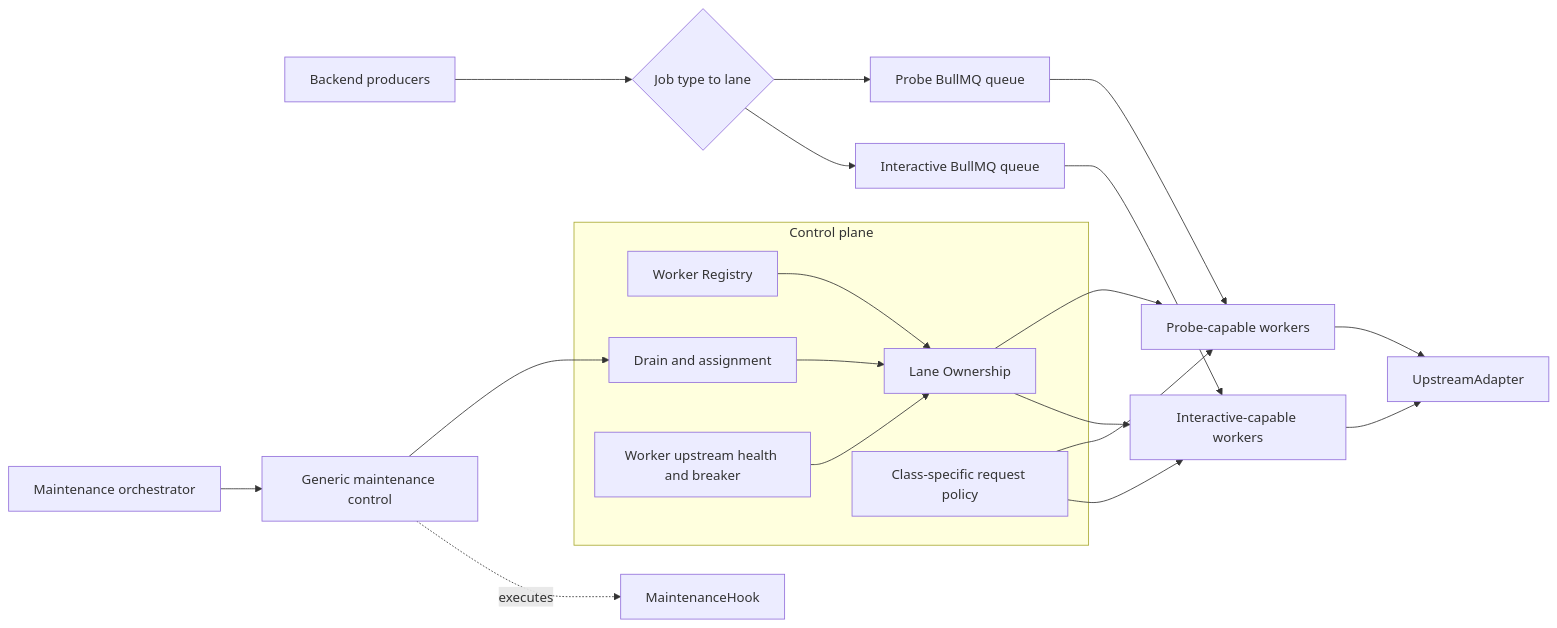
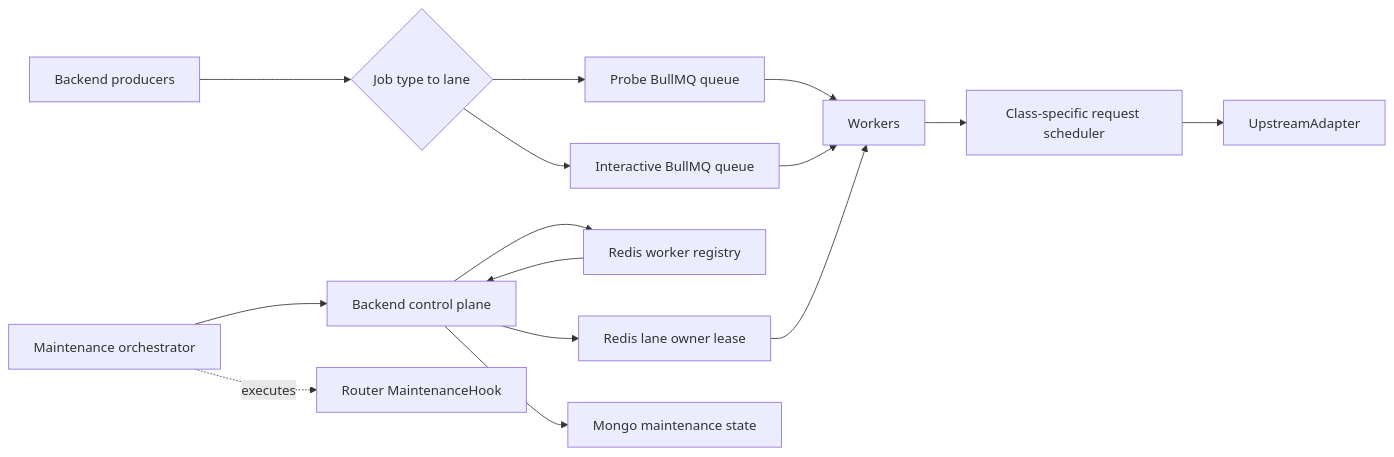
Before and after one commit to bakapiano/maimai-score-hub: the diagram in docs/specs/sdgb-worker/multi-node-failover/01-architecture.md, drawn with Mermaid. The commit also changed other lines of this file and 13 other files, not shown here.

````diff
--- a/docs/specs/sdgb-worker/multi-node-failover/01-architecture.md
+++ b/docs/specs/sdgb-worker/multi-node-failover/01-architecture.md
@@ -7,31 +7,21 @@
 ```mermaid
 flowchart LR
     P[Backend producers] --> R{Job type to lane}
     R --> QP[Probe BullMQ queue]
     R --> QI[Interactive BullMQ queue]
 
-    subgraph C[Control plane]
-      WR[Worker Registry]
-      LO[Lane Ownership]
-      DR[Drain and assignment]
-      CB[Worker upstream health and breaker]
-      RL[Class-specific request policy]
-    end
+    C[Backend control plane] --> WR[Redis worker registry]
+    C --> LO[Redis lane owner lease]
+    C --> M[Mongo maintenance state]
 
-    MH[Maintenance orchestrator] --> CP[Generic maintenance control]
-    CP --> DR
-    CP -. executes .-> HK[MaintenanceHook]
+    QP --> W[Workers]
+    QI --> W
+    WR --> C
+    LO --> W
 
-    QP --> WP[Probe-capable workers]
-    QI --> WI[Interactive-capable workers]
-    WR --> LO
-    DR --> LO
-    CB --> LO
-    LO --> WP
-    LO --> WI
-    RL --> WP
-    RL --> WI
+    W --> S[Class-specific request scheduler]
+    S --> U[UpstreamAdapter]
 
-    WP --> UA[UpstreamAdapter]
-    WI --> UA
+    O[Maintenance orchestrator] --> C
+    O -. executes .-> H[Router MaintenanceHook]
 ```
````
